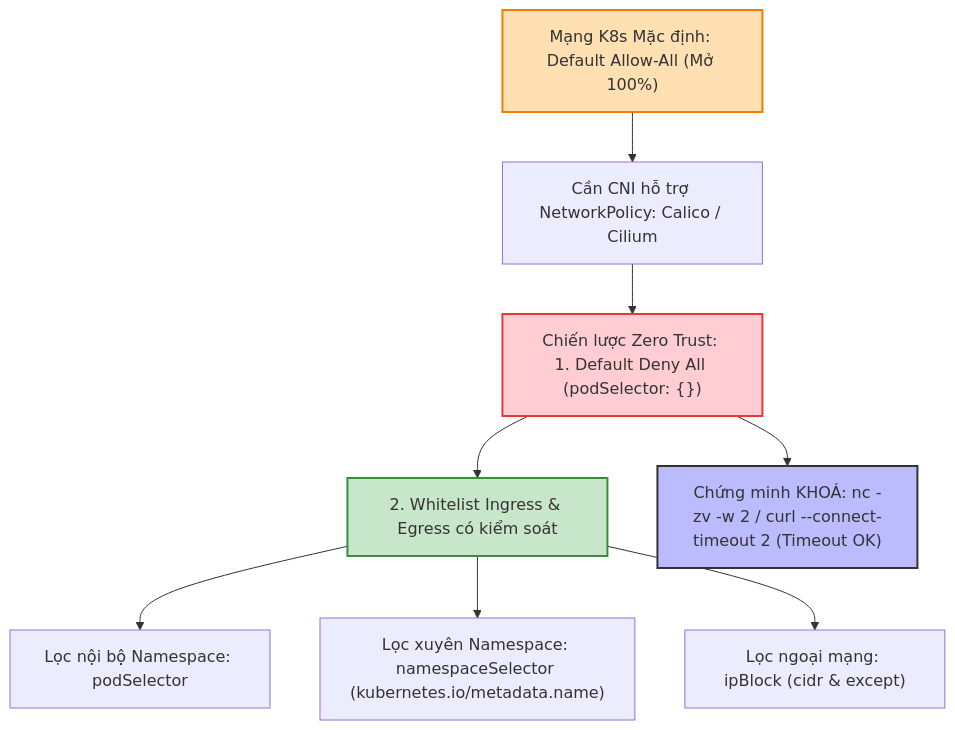
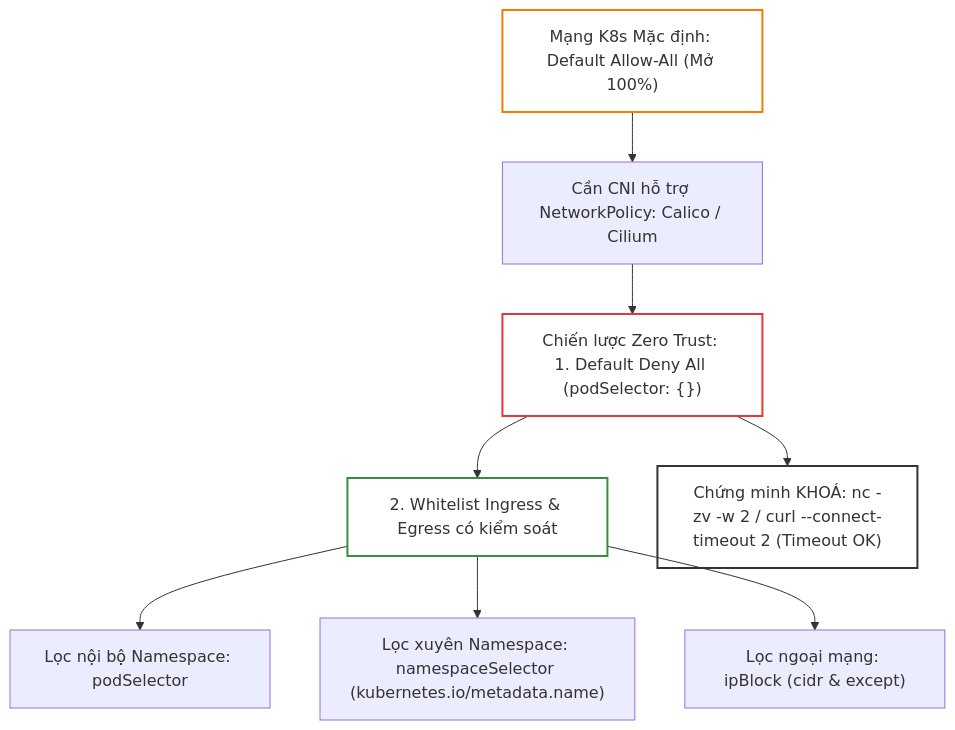
One commit to kiennt308/ntk changed the second of 3 diagrams in _posts/2026-09-12-cka-25-25-networkpolicy.md. Above: the diagram before and after it, drawn with Mermaid. The commit also changed other lines of this file and 207 other files, not shown here.

Commit message:
feat(posts): batch standardize all 208 posts with TL;DR, qa-card accordion, fill:none mermaid, and liquid raw wrappers

````diff
--- a/_posts/2026-09-12-cka-25-25-networkpolicy.md
+++ b/_posts/2026-09-12-cka-25-25-networkpolicy.md
@@ -386,17 +390,17 @@
 ```mermaid
 graph TD
     A["Mạng K8s Mặc định: Default Allow-All (Mở 100%)"] --> B["Cần CNI hỗ trợ NetworkPolicy: Calico / Cilium"]
     B --> C["Chiến lược Zero Trust: 1. Default Deny All (podSelector: {})"]
     C --> D["2. Whitelist Ingress & Egress có kiểm soát"]
 
     D --> E["Lọc nội bộ Namespace: podSelector"]
     D --> F["Lọc xuyên Namespace: namespaceSelector (kubernetes.io/metadata.name)"]
     D --> G["Lọc ngoại mạng: ipBlock (cidr & except)"]
 
     C --> H["Chứng minh KHOÁ: nc -zv -w 2 / curl --connect-timeout 2 (Timeout OK)"]
 
-    style A fill:#ffe0b2,stroke:#f57c00,stroke-width:2px
-    style C fill:#ffcdd2,stroke:#e53935,stroke-width:2px
-    style D fill:#c8e6c9,stroke:#388e3c,stroke-width:2px
-    style H fill:#bbf,stroke:#333,stroke-width:2px
+    style A fill:none,stroke:#f57c00,stroke-width:2px
+    style C fill:none,stroke:#e53935,stroke-width:2px
+    style D fill:none,stroke:#388e3c,stroke-width:2px
+    style H fill:none,stroke:#333,stroke-width:2px
 ```
````
